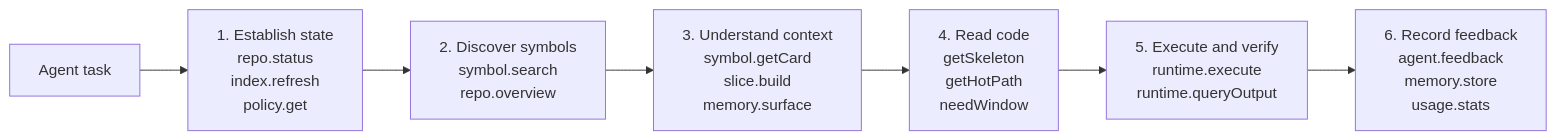
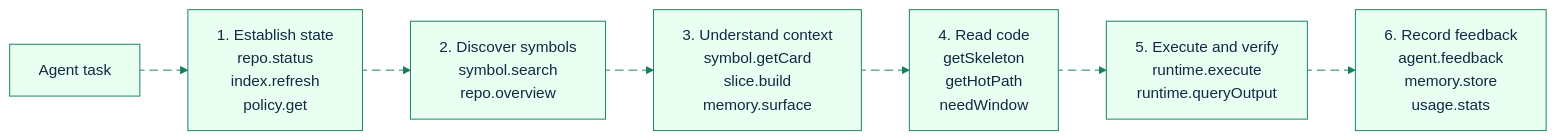
The diagram in docs/agent-workflows.md (GlitterKill/sdl-mcp), drawn with Mermaid before and after one commit. The commit also changed other lines of this file and 36 other files, not shown here.

````diff
--- a/docs/agent-workflows.md
+++ b/docs/agent-workflows.md
@@ -23,12 +23,21 @@
 ```mermaid
+%%{init: {"theme":"base","themeVariables":{"primaryColor":"#e8fff1","primaryBorderColor":"#157f5b","primaryTextColor":"#102a43","secondaryColor":"#eef6ff","secondaryBorderColor":"#2563eb","tertiaryColor":"#fff4d6","tertiaryBorderColor":"#b45309","lineColor":"#157f5b","fontFamily":"Trebuchet MS, Arial"},"flowchart":{"curve":"basis"}}}%%
 flowchart LR
     Task["Agent task"]
     State["1. Establish state<br/>repo.status<br/>index.refresh<br/>policy.get"]
     Discover["2. Discover symbols<br/>symbol.search<br/>repo.overview"]
     Understand["3. Understand context<br/>symbol.getCard<br/>slice.build<br/>memory.surface"]
     Read["4. Read code<br/>getSkeleton<br/>getHotPath<br/>needWindow"]
     Execute["5. Execute and verify<br/>runtime.execute<br/>runtime.queryOutput"]
     Record["6. Record feedback<br/>agent.feedback<br/>memory.store<br/>usage.stats"]
 
-    Task --> State --> Discover --> Understand --> Read --> Execute --> Record
+    Task e1@--> State
+    State e2@--> Discover
+    Discover e3@--> Understand
+    Understand e4@--> Read
+    Read e5@--> Execute
+    Execute e6@--> Record
+
+    classDef animate stroke-dasharray: 9\,5,stroke-dashoffset: 900,animation: dash 25s linear infinite;
+    class e1,e2,e3,e4,e5,e6 animate
 ```
````
